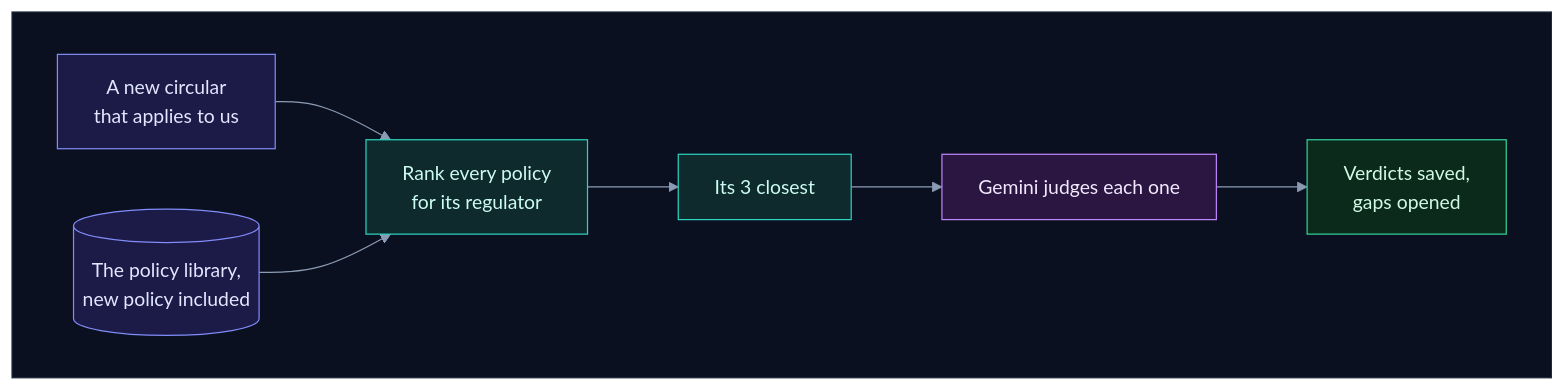
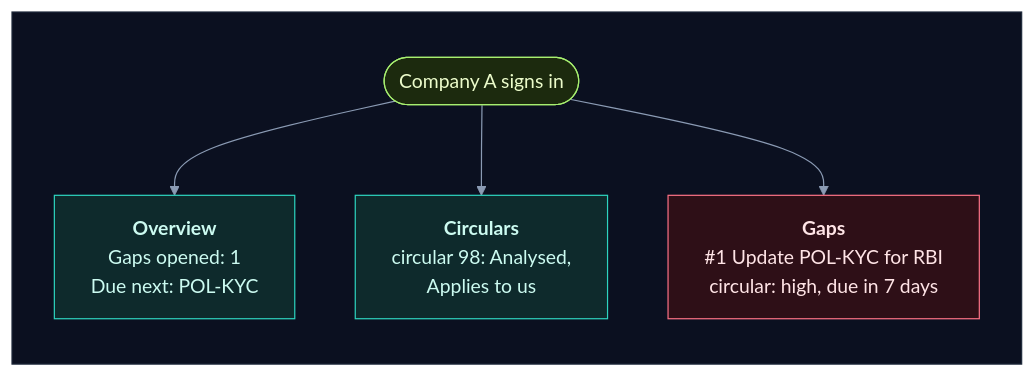
Before and after one commit to selvakumarperumal/Regulatory_Circular_Impact_Agent: diagram 15 of 52 in how_it_works.md, drawn with Mermaid. The commit also changed other lines of this file and 3 other files, not shown here.

First line of the commit message:
Rewrite how_it_works.md in plain words, a diagram per step

````diff
--- a/how_it_works.md
+++ b/how_it_works.md
@@ -964,25 +750,24 @@
 ```mermaid
 %%{init: {"theme": "base", "flowchart": {"diagramPadding": 0}, "themeVariables": {"darkMode": true, "primaryColor": "#16213a", "primaryTextColor": "#e6edf7", "primaryBorderColor": "#475a7a", "lineColor": "#8b9bb4", "secondaryColor": "#1b2436", "tertiaryColor": "#101a2e", "edgeLabelBackground": "#0f172a", "textColor": "#e2e8f0", "clusterBkg": "#0f1728", "clusterBorder": "#2b3a55", "titleColor": "#c4b5fd", "nodeTextColor": "#e6edf7"}}}%%
-flowchart LR
+flowchart TD
     subgraph canvas[" "]
-        direction LR
-        nc["A new circular<br/>that applies to us"] --> rank["Rank every policy<br/>for its regulator"]
-        lib[("The policy library,<br/>new policy included")] --> rank
-        rank --> top["Its 3 closest"] --> judge["Gemini judges each one"] --> out["Verdicts saved,<br/>gaps opened"]
+        direction TB
+        a(["Company A signs in"]) --> o["<b>Overview</b><br/>Gaps opened: 1<br/>Due next: POL-KYC"]
+        a --> c["<b>Circulars</b><br/>circular 98: Analysed,<br/>Applies to us"]
+        a --> g["<b>Gaps</b><br/>#1 Update POL-KYC for RBI<br/>circular: high, due in 7 days"]
     end
-
     classDef svc fill:#0e2a2c,stroke:#2dd4bf,color:#ccfbf1
     classDef data fill:#1c1a47,stroke:#818cf8,color:#e0e7ff
     classDef ext fill:#2a1640,stroke:#c084fc,color:#f3e8ff
     classDef gpu fill:#2d1b0c,stroke:#fb923c,color:#ffedd5
     classDef ask fill:#2a2410,stroke:#fbbf24,color:#fef3c7
     classDef ok fill:#0b2a1c,stroke:#34d399,color:#d1fae5
     classDef bad fill:#2e0f17,stroke:#fb7185,color:#ffe4e6
     classDef start fill:#1c2a0e,stroke:#a7ef6f,color:#ecfccb
     classDef muted fill:#1a2130,stroke:#64748b,color:#cbd5e1
-    class nc,lib data
-    class rank,top svc
-    class judge ext
-    class out ok
+    classDef queue fill:#0c2231,stroke:#38bdf8,color:#e0f2fe
+    class a start
+    class o,c svc
+    class g bad
     style canvas fill:#0b1020,stroke:#1e293b,color:#0b1020
 ```
````
